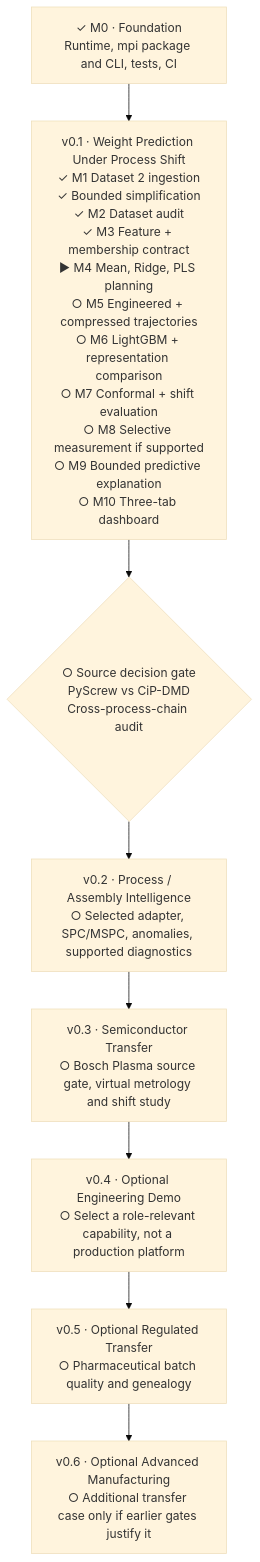
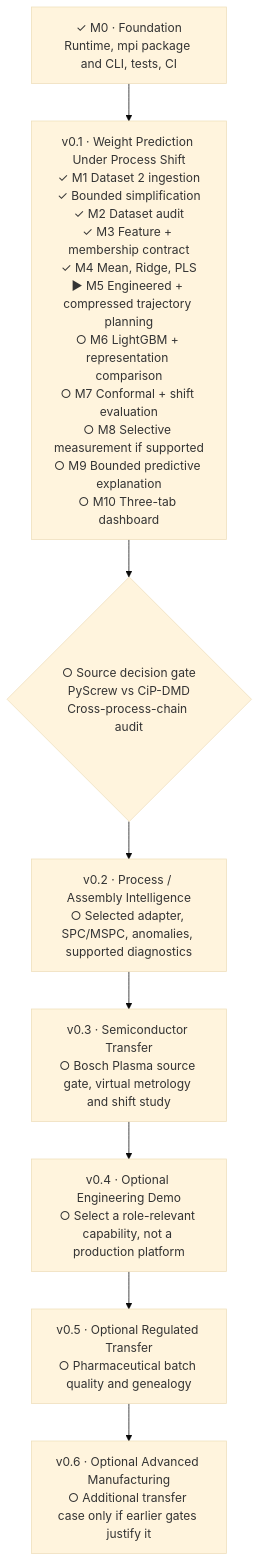
One commit to stevennitesh/manufacturing-process-intelligence changed the diagram in docs/implementation-roadmap.md. Above: the diagram before and after it, drawn with Mermaid (base theme). The commit also changed other lines of this file and 8 other files, not shown here.

Commit message:
Add M4 scalar weight-prediction baselines

````diff
--- a/docs/implementation-roadmap.md
+++ b/docs/implementation-roadmap.md
@@ -36,15 +37,15 @@
 ```mermaid
 flowchart TB
     F["✓ M0 · Foundation<br/>Runtime, mpi package and CLI, tests, CI"]
 
-    MVP["v0.1 · Weight Prediction Under Process Shift<br/>✓ M1 Dataset 2 ingestion<br/>✓ Bounded simplification<br/>✓ M2 Dataset audit<br/>✓ M3 Feature + membership contract<br/>▶ M4 Mean, Ridge, PLS planning<br/>○ M5 Engineered + compressed trajectories<br/>○ M6 LightGBM + representation comparison<br/>○ M7 Conformal + shift evaluation<br/>○ M8 Selective measurement if supported<br/>○ M9 Bounded predictive explanation<br/>○ M10 Three-tab dashboard"]
+    MVP["v0.1 · Weight Prediction Under Process Shift<br/>✓ M1 Dataset 2 ingestion<br/>✓ Bounded simplification<br/>✓ M2 Dataset audit<br/>✓ M3 Feature + membership contract<br/>✓ M4 Mean, Ridge, PLS<br/>▶ M5 Engineered + compressed trajectory planning<br/>○ M6 LightGBM + representation comparison<br/>○ M7 Conformal + shift evaluation<br/>○ M8 Selective measurement if supported<br/>○ M9 Bounded predictive explanation<br/>○ M10 Three-tab dashboard"]
 
     AUDIT{"○ Source decision gate<br/>PyScrew vs CiP-DMD<br/>Cross-process-chain audit"}
     PI["v0.2 · Process / Assembly Intelligence<br/>○ Selected adapter, SPC/MSPC, anomalies, supported diagnostics"]
     SEMI["v0.3 · Semiconductor Transfer<br/>○ Bosch Plasma source gate, virtual metrology and shift study"]
     PROD["v0.4 · Optional Engineering Demo<br/>○ Select a role-relevant capability, not a production platform"]
     PHARMA["v0.5 · Optional Regulated Transfer<br/>○ Pharmaceutical batch quality and genealogy"]
     ADV["v0.6 · Optional Advanced Manufacturing<br/>○ Additional transfer case only if earlier gates justify it"]
 
     F --> MVP --> AUDIT --> PI --> SEMI --> PROD --> PHARMA --> ADV
 ```
````
